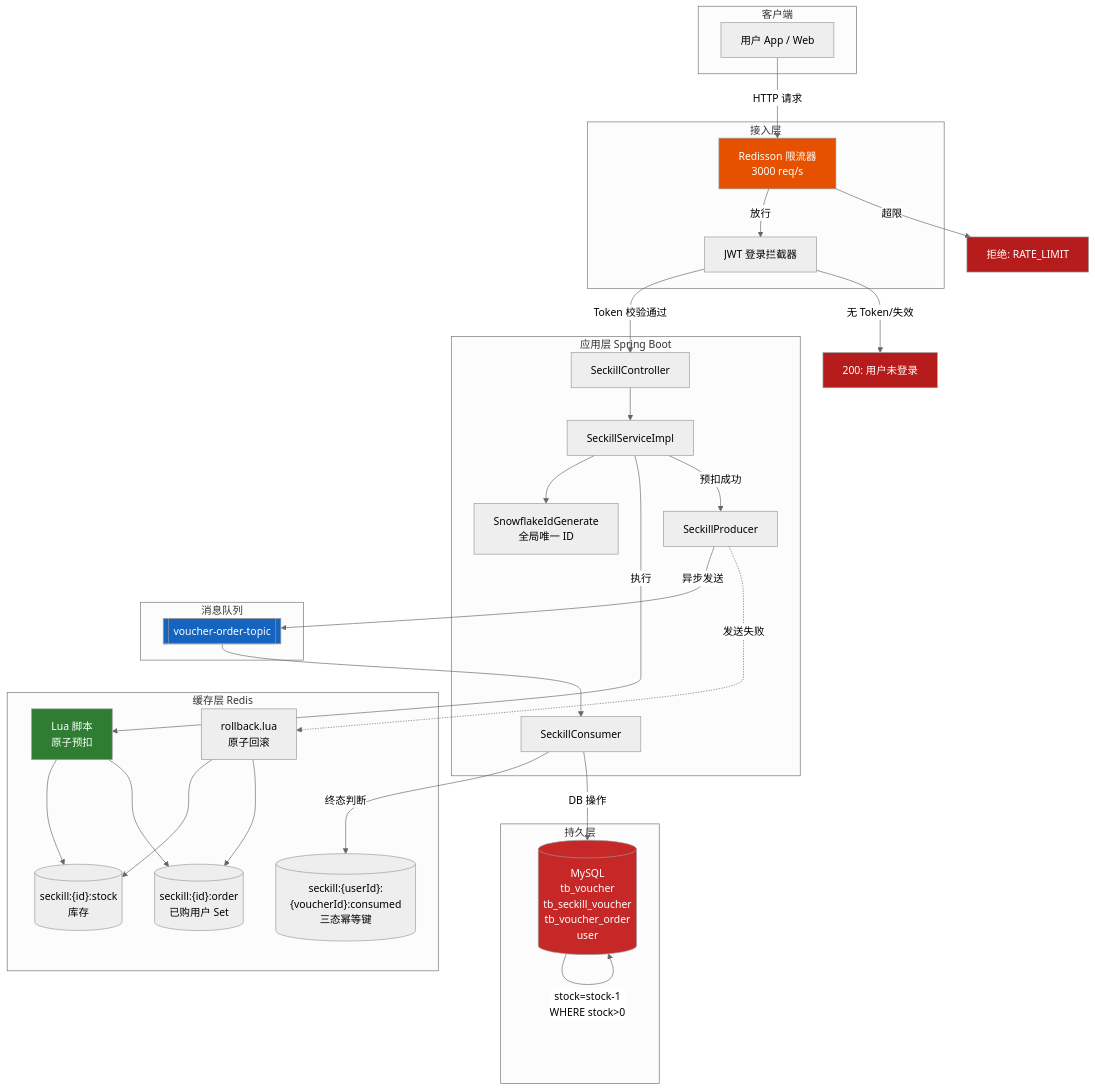
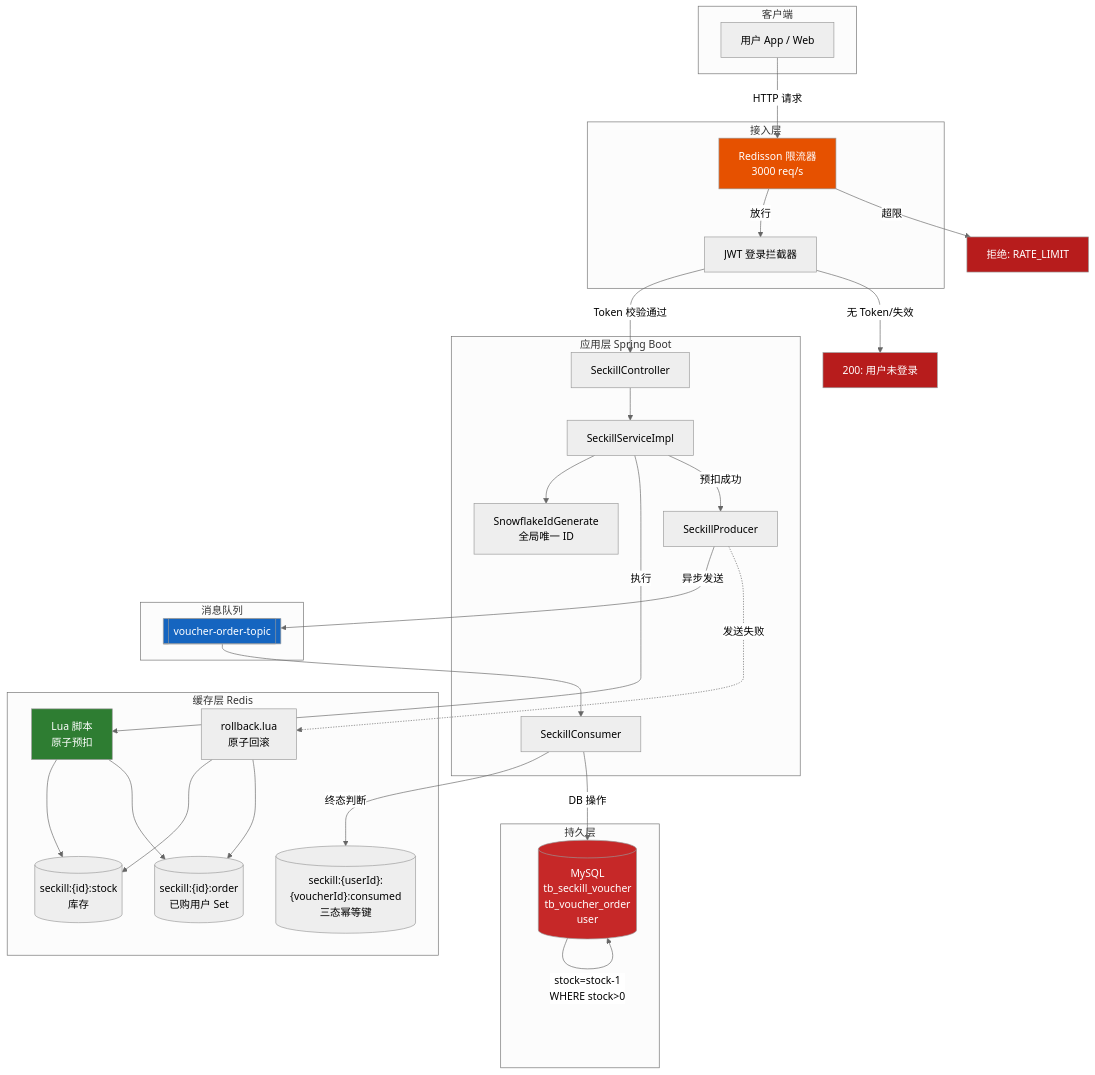
The first of 3 diagrams in README.md (Shardkiht/FlashDeal), drawn with Mermaid (neutral theme) before and after one commit. The commit also changed other lines of this file and 1 other file, not shown here.

````diff
--- a/README.md
+++ b/README.md
@@ -106,64 +106,64 @@
 ```mermaid
 flowchart TB
     subgraph Client["客户端"]
         U["用户 App / Web"]
     end
 
     subgraph Gateway["接入层"]
         RL["Redisson 限流器<br/>3000 req/s"]
         LI["JWT 登录拦截器"]
     end
 
     subgraph App["应用层 Spring Boot"]
         CTRL["SeckillController"]
         SVC["SeckillServiceImpl"]
         IDG["SnowflakeIdGenerate<br/>全局唯一 ID"]
         PROD["SeckillProducer"]
         CONS["SeckillConsumer"]
     end
 
     subgraph Cache["缓存层 Redis"]
         STOCK[("seckill:{id}:stock<br/>库存")]
         ORDER[("seckill:{id}:order<br/>已购用户 Set")]
         IDEM[("seckill:{userId}:{voucherId}:consumed<br/>三态幂等键")]
 
         LUA["Lua 脚本<br/>原子预扣"]
         RBLUA["rollback.lua<br/>原子回滚"]
     end
 
     subgraph MQ["消息队列"]
         TOPIC[["voucher-order-topic"]]
     end
 
     subgraph DB["持久层"]
-        MYSQL[("MySQL<br/>tb_voucher<br/>tb_seckill_voucher<br/>tb_voucher_order<br/>user")]
+        MYSQL[("MySQL<br/>tb_seckill_voucher<br/>tb_voucher_order<br/>user")]
     end
 
     U -->|HTTP 请求| RL
     RL -->|放行| LI
     RL -->|超限| REJ["拒绝: RATE_LIMIT"]
     LI -->|Token 校验通过| CTRL
     LI -->|无 Token/失效| UNAUTH["200: 用户未登录"]
     CTRL --> SVC
     SVC --> IDG
 
     SVC -->|执行| LUA
     LUA --> STOCK
     LUA --> ORDER
     SVC -->|预扣成功| PROD
     PROD -->|异步发送| TOPIC
     PROD -.->|发送失败| RBLUA
     RBLUA --> STOCK
     RBLUA --> ORDER
     TOPIC --> CONS
     CONS -->|终态判断| IDEM
     CONS -->|DB 操作| MYSQL
     MYSQL -->|stock=stock-1<br/>WHERE stock>0| MYSQL
 
     style RL fill:#e65100,color:#fff
     style LUA fill:#2e7d32,color:#fff
     style TOPIC fill:#1565c0,color:#fff
     style MYSQL fill:#c62828,color:#fff
     style REJ fill:#b71c1c,color:#fff
     style UNAUTH fill:#b71c1c,color:#fff
 ```
````
